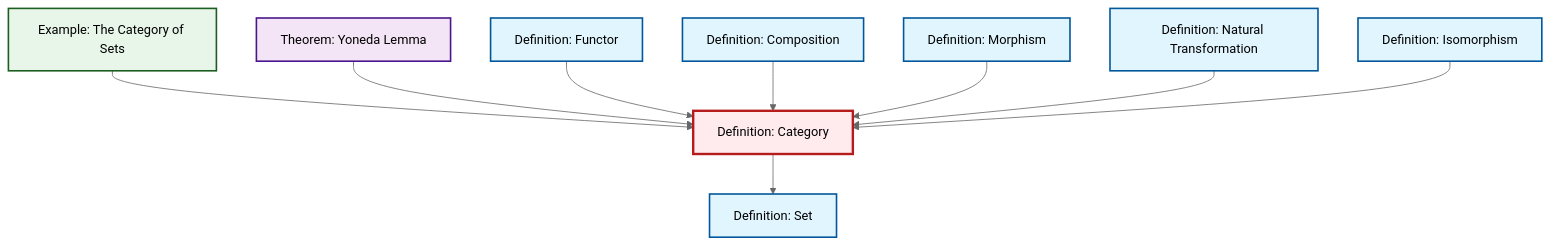
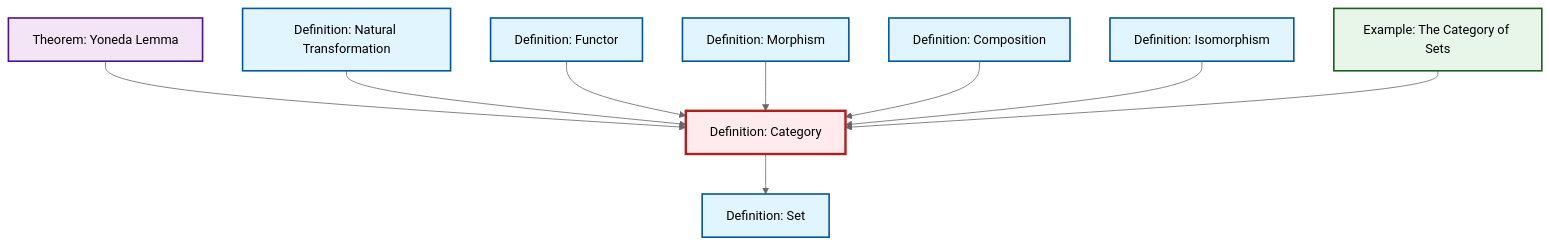
One commit to RK0429/ModernMath changed the diagram in content/en/category-theory/def-category.qmd. Above: the diagram before and after it, drawn with Mermaid (neutral theme). The commit also changed 511 other files, not shown here.

````diff
--- a/content/en/category-theory/def-category.qmd
+++ b/content/en/category-theory/def-category.qmd
@@ -46,36 +46,27 @@
 ```{mermaid}
 %%| fig-cap: "Local dependency graph"
 graph TD
     classDef definition fill:#e1f5fe,stroke:#01579b,stroke-width:2px
     classDef theorem fill:#f3e5f5,stroke:#4a148c,stroke-width:2px
     classDef axiom fill:#fff3e0,stroke:#e65100,stroke-width:2px
     classDef example fill:#e8f5e9,stroke:#1b5e20,stroke-width:2px
     classDef current fill:#ffebee,stroke:#b71c1c,stroke-width:3px
+    def-natural-transformation["Definition: Natural Transformation"]:::definition
+    thm-yoneda["Theorem: Yoneda Lemma"]:::theorem
+    def-functor["Definition: Functor"]:::definition
+    ex-set-category["Example: The Category of Sets"]:::example
     def-isomorphism["Definition: Isomorphism"]:::definition
     def-composition["Definition: Composition"]:::definition
-    ex-set-category["Example: The Category of Sets"]:::example
-    def-functor["Definition: Functor"]:::definition
     def-morphism["Definition: Morphism"]:::definition
     def-set["Definition: Set"]:::definition
     def-category["Definition: Category"]:::definition
-    thm-yoneda["Theorem: Yoneda Lemma"]:::theorem
-    def-natural-transformation["Definition: Natural Transformation"]:::definition
-    ex-set-category --> def-category
     thm-yoneda --> def-category
+    def-natural-transformation --> def-category
     def-functor --> def-category
     def-category --> def-set
+    def-morphism --> def-category
     def-composition --> def-category
-    def-morphism --> def-category
-    def-natural-transformation --> def-category
     def-isomorphism --> def-category
+    ex-set-category --> def-category
     class def-category current
-
-    click def-isomorphism "def-isomorphism.html" "Go to Isomorphism definition"
-    click def-composition "def-composition.html" "Go to Composition definition"
-    click ex-set-category "ex-set-category.html" "Go to The Category of Sets example"
-    click def-functor "def-functor.html" "Go to Functor definition"
-    click def-morphism "def-morphism.html" "Go to Morphism definition"
-    click def-set "def-set.html" "Go to Set definition"
-    click thm-yoneda "thm-yoneda.html" "Go to Yoneda Lemma theorem"
-    click def-natural-transformation "def-natural-transformation.html" "Go to Natural Transformation definition"
 ```
````
